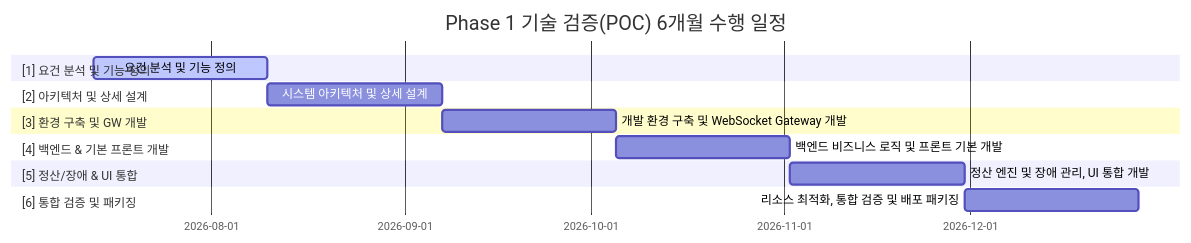
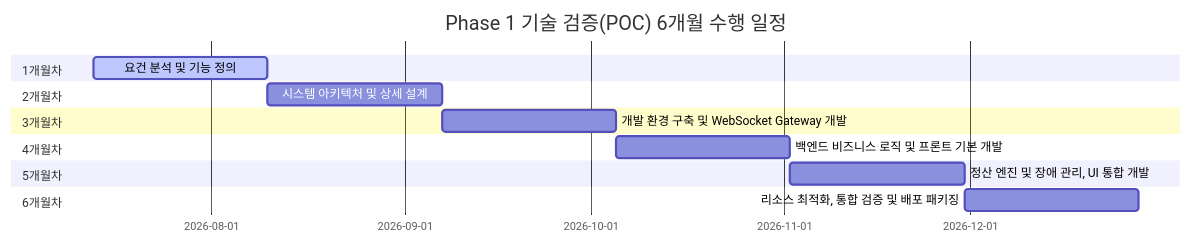
Before and after one commit to h2y-hyhong2/h2y-ocpp: the first of 2 diagrams in doc/01.standard_solution/05.poc.md, drawn with Mermaid. The commit also changed other lines of this file and 3 other files, not shown here.

````diff
--- a/doc/01.standard_solution/05.poc.md
+++ b/doc/01.standard_solution/05.poc.md
@@ -12,24 +20,24 @@
 ```mermaid
 gantt
     title Phase 1 기술 검증(POC) 6개월 수행 일정
     dateFormat  YYYY-MM-DD
     axisFormat  %Y-%m-%d
-    
-    section [1] 요건 분석 및 기능 정의
+
+    section 1개월차
     요건 분석 및 기능 정의 :active, poc_analysis, 2026-07-13, 28d
-    
-    section [2] 아키텍처 및 상세 설계
+
+    section 2개월차
     시스템 아키텍처 및 상세 설계 :poc_design, after poc_analysis, 28d
-    
-    section [3] 환경 구축 및 GW 개발
+
+    section 3개월차
     개발 환경 구축 및 WebSocket Gateway 개발 :poc_gw, after poc_design, 28d
-    
-    section [4] 백엔드 & 기본 프론트 개발
+
+    section 4개월차
     백엔드 비즈니스 로직 및 프론트 기본 개발 :poc_biz, after poc_gw, 28d
-    
-    section [5] 정산/장애 & UI 통합
+
+    section 5개월차
     정산 엔진 및 장애 관리, UI 통합 개발 :poc_sett, after poc_biz, 28d
-    
-    section [6] 통합 검증 및 패키징
+
+    section 6개월차
     리소스 최적화, 통합 검증 및 배포 패키징 :poc_final, after poc_sett, 28d
 ```
````
